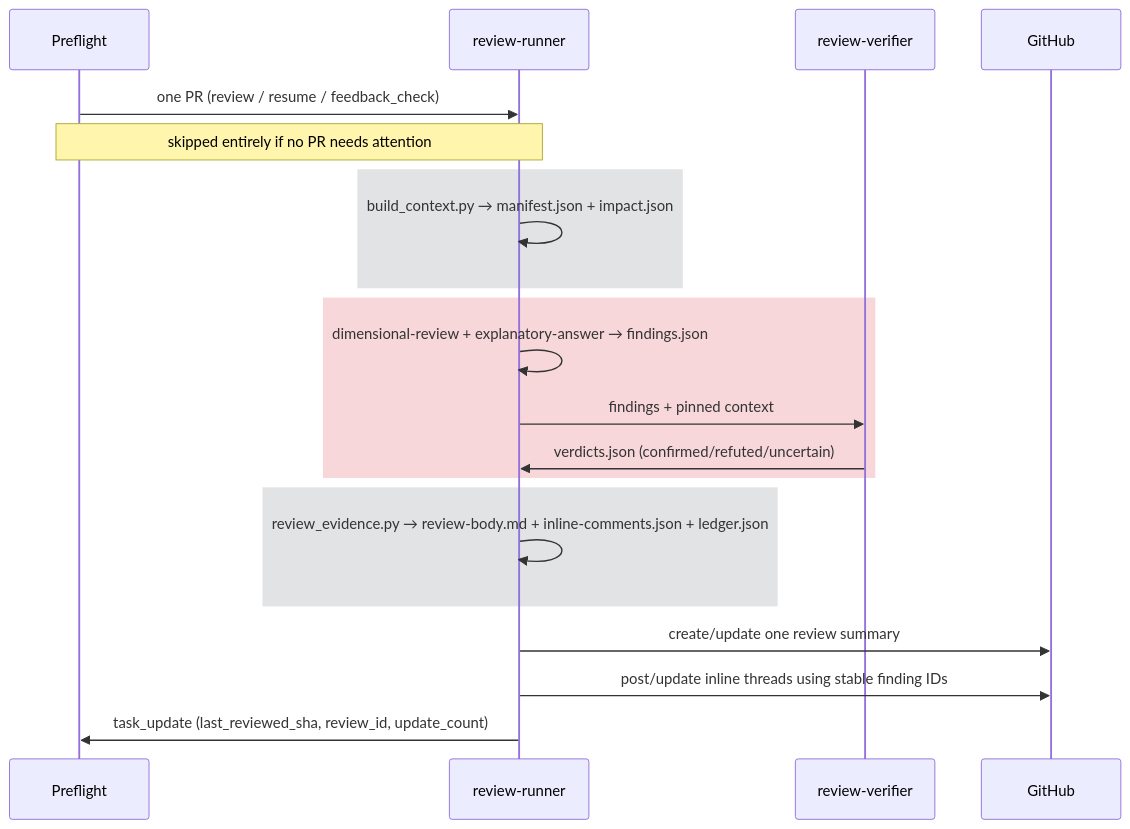
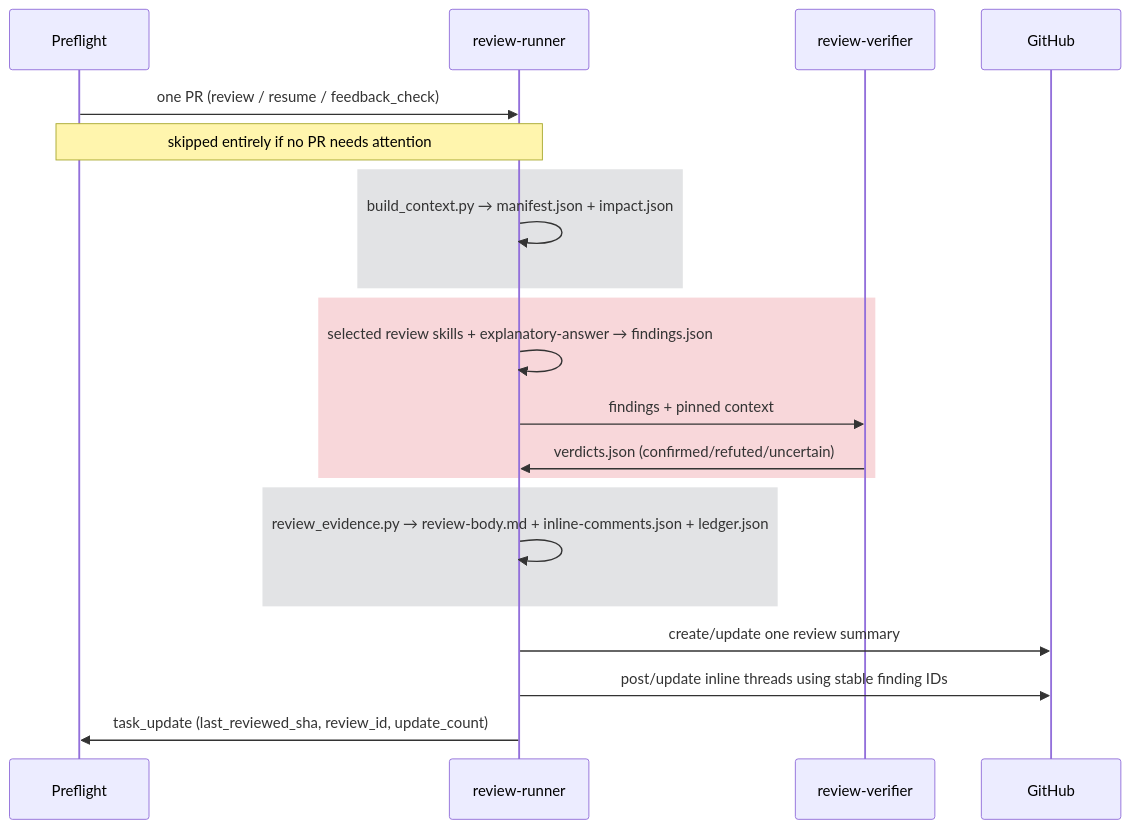
The fourth of 4 diagrams in instance/rbac-config-review/agent/workflows/review-only/WORKFLOW.md (Hyperkid123/fabric-access-ai-dev), drawn with Mermaid before and after one commit. The commit also changed other lines of this file and 9 other files, not shown here.

Commit message:
feat(review): select repository skills

````diff
--- a/instance/rbac-config-review/agent/workflows/review-only/WORKFLOW.md
+++ b/instance/rbac-config-review/agent/workflows/review-only/WORKFLOW.md
@@ -213,24 +226,24 @@
 ```mermaid
 sequenceDiagram
     participant Q as Preflight
     participant R as review-runner
     participant V as review-verifier
     participant GH as GitHub
 
     Q->>R: one PR (review / resume / feedback_check)
     Note over Q,R: skipped entirely if no PR needs attention
     rect rgb(226, 227, 229)
         R->>R: build_context.py → manifest.json + impact.json
     end
     rect rgb(248, 215, 218)
-        R->>R: dimensional-review + explanatory-answer → findings.json
+        R->>R: selected review skills + explanatory-answer → findings.json
         R->>V: findings + pinned context
         V->>R: verdicts.json (confirmed/refuted/uncertain)
     end
     rect rgb(226, 227, 229)
         R->>R: review_evidence.py → review-body.md + inline-comments.json + ledger.json
     end
     R->>GH: create/update one review summary
     R->>GH: post/update inline threads using stable finding IDs
     R->>Q: task_update (last_reviewed_sha, review_id, update_count)
 ```
````
